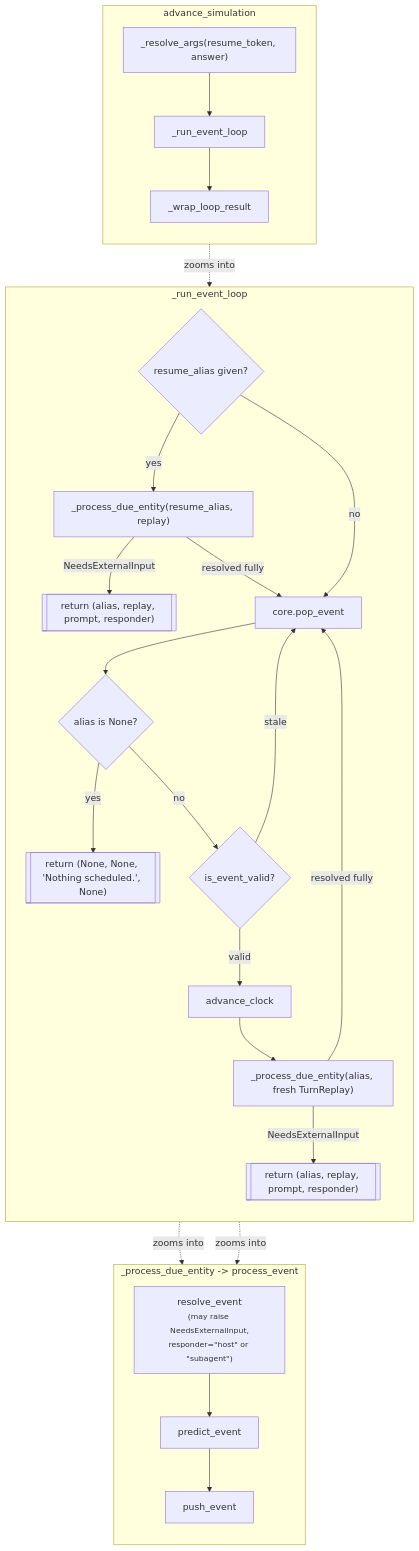
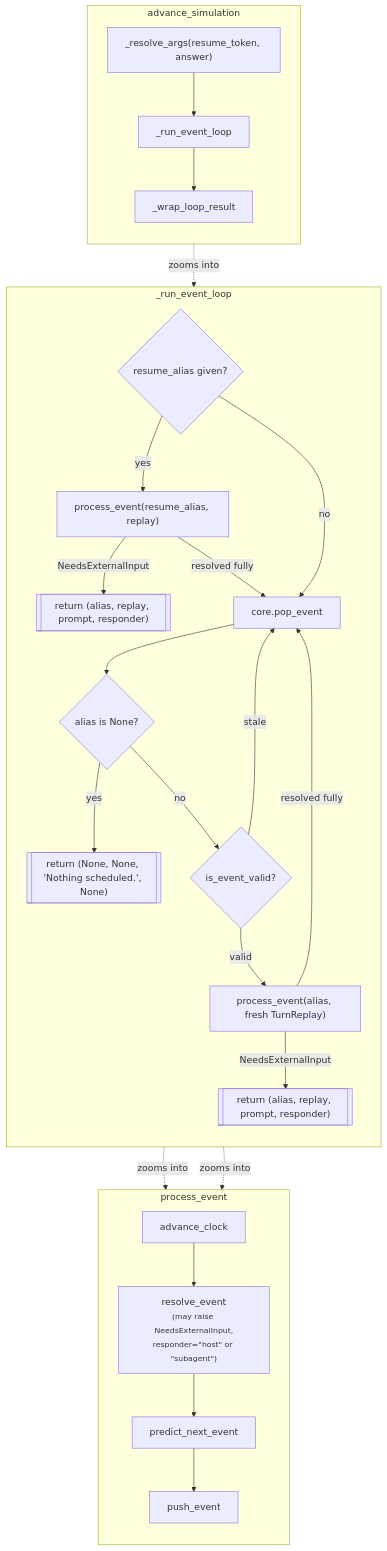
Before and after one commit to zhafen/story-simulator: the second of 2 diagrams in docs/architecture/advance_simulation.md, drawn with Mermaid. The commit also changed other lines of this file and 3 other files, not shown here.

First line of the commit message:
Remove the _process_due_entity dispatch seam and tighten the event-loop steps

````diff
--- a/docs/architecture/advance_simulation.md
+++ b/docs/architecture/advance_simulation.md
@@ -218,32 +238,32 @@
 ```mermaid
 flowchart TD
     subgraph AS["advance_simulation"]
         direction TB
         RA["_resolve_args(resume_token, answer)"] --> REL[_run_event_loop] --> WR[_wrap_loop_result]
     end
 
     subgraph Loop["_run_event_loop"]
         direction TB
         RESUME{resume_alias given?}
-        RESUME -- yes --> PROC0["_process_due_entity(resume_alias, replay)"]
+        RESUME -- yes --> PROC0["process_event(resume_alias, replay)"]
         PROC0 -- "NeedsExternalInput" --> PAUSE1[["return (alias, replay, prompt, responder)"]]
         PROC0 -- resolved fully --> L1
         RESUME -- no --> L1[core.pop_event]
         L1 --> EMPTY{alias is None?}
         EMPTY -- yes --> DONE[["return (None, None, 'Nothing scheduled.', None)"]]
         EMPTY -- no --> V{is_event_valid?}
         V -- stale --> L1
-        V -- valid --> ADV[advance_clock] --> PROC["_process_due_entity(alias, fresh TurnReplay)"]
+        V -- valid --> PROC["process_event(alias, fresh TurnReplay)"]
         PROC -- "NeedsExternalInput" --> PAUSE2[["return (alias, replay, prompt, responder)"]]
         PROC -- resolved fully --> L1
     end
 
-    subgraph PBE_detail["_process_due_entity -> process_event"]
+    subgraph PE_detail["process_event"]
         direction TB
-        RBE["resolve_event<br/><small>(may raise NeedsExternalInput,<br/>responder=#quot;host#quot; or #quot;subagent#quot;)</small>"] --> PRED2[predict_event] --> PUSH2[push_event]
+        ADV2[advance_clock] --> RBE["resolve_event<br/><small>(may raise NeedsExternalInput,<br/>responder=#quot;host#quot; or #quot;subagent#quot;)</small>"] --> PRED2[predict_next_event] --> PUSH2[push_event]
     end
 
     REL -. zooms into .-> Loop
-    PROC -. zooms into .-> PBE_detail
-    PROC0 -. zooms into .-> PBE_detail
+    PROC -. zooms into .-> PE_detail
+    PROC0 -. zooms into .-> PE_detail
 ```
````
